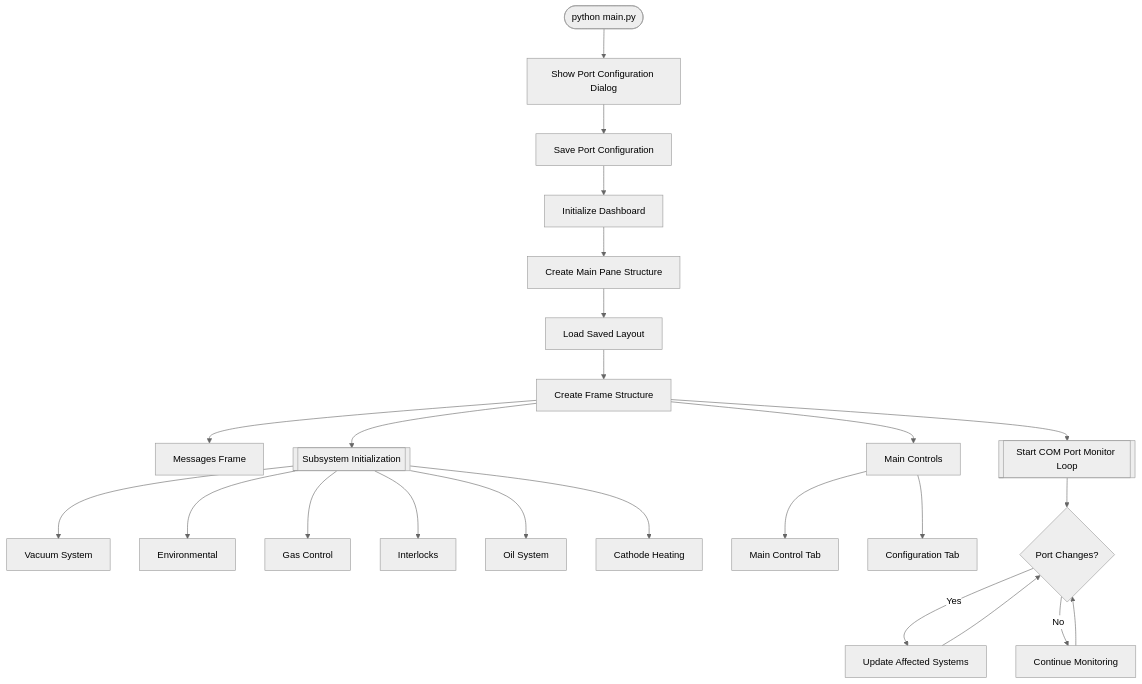
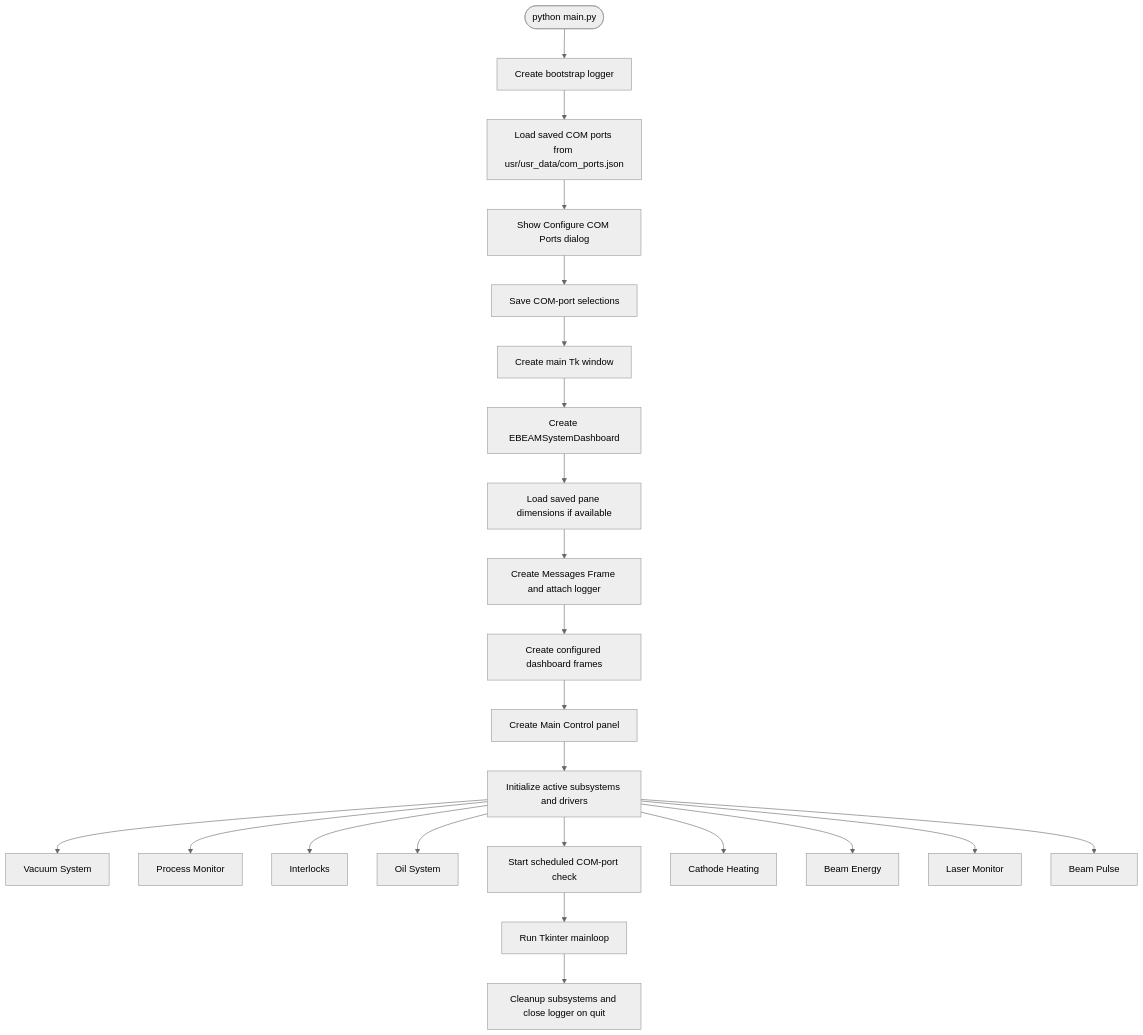
Before and after one commit to uw-loci/EBEAM_dashboard: the diagram in README.md, drawn with Mermaid (neutral theme). The commit also changed other lines of this file and 1 other file, not shown here.

````diff
--- a/README.md
+++ b/README.md
@@ -15,36 +15,28 @@
 ```mermaid
 flowchart TD
-    Start([python main.py]) --> PortConfig[Show Port Configuration Dialog]
-    PortConfig --> SaveConfig[Save Port Configuration]
-    
-    %% Main Dashboard Setup
-    SaveConfig --> InitDash[Initialize Dashboard]
-    InitDash --> SetupPane[Create Main Pane Structure]
-    SetupPane --> LoadLayout[Load Saved Layout]
-    LoadLayout --> CreateFrames[Create Frame Structure]
-    
-    %% Core Components
-    CreateFrames --> Messages[Messages Frame]
-    CreateFrames --> Controls[Main Controls]
-    CreateFrames --> SubSystems[[Subsystem Initialization]]
-    
-    %% Subsystems Detail
-    SubSystems --> Vacuum[Vacuum System]
-    SubSystems --> Environmental[Environmental]
-    SubSystems --> Gas[Gas Control]
-    SubSystems --> Interlocks[Interlocks]
-    SubSystems --> Oil[Oil System]
-    SubSystems --> Cathode[Cathode Heating]
-    
-    %% Control Components
-    Controls --> MainTab[Main Control Tab]
-    Controls --> ConfigTab[Configuration Tab]
-    
-    %% Monitoring Loop
-    CreateFrames --> Monitor[[Start COM Port Monitor Loop]]
-    Monitor --> CheckChanges{Port Changes?}
-    CheckChanges -->|Yes| UpdateSys[Update Affected Systems]
-    UpdateSys --> CheckChanges
-    CheckChanges -->|No| Continue[Continue Monitoring]
-    Continue --> CheckChanges
+    Start([python main.py]) --> Logger[Create bootstrap logger]
+    Logger --> LoadPorts[Load saved COM ports from usr/usr_data/com_ports.json]
+    LoadPorts --> PortDialog[Show Configure COM Ports dialog]
+    PortDialog --> SavePorts[Save COM-port selections]
+    SavePorts --> AppRoot[Create main Tk window]
+    AppRoot --> InitDash[Create EBEAMSystemDashboard]
+
+    InitDash --> Layout[Load saved pane dimensions if available]
+    Layout --> Messages[Create Messages Frame and attach logger]
+    Messages --> Frames[Create configured dashboard frames]
+    Frames --> MainControl[Create Main Control panel]
+    MainControl --> Subsystems[Initialize active subsystems and drivers]
+
+    Subsystems --> Vacuum[Vacuum System]
+    Subsystems --> Process[Process Monitor]
+    Subsystems --> Interlocks[Interlocks]
+    Subsystems --> Oil[Oil System]
+    Subsystems --> Monitor[Start scheduled COM-port check]
+    Subsystems --> Cathode[Cathode Heating]
+    Subsystems --> BeamEnergy[Beam Energy]
+    Subsystems --> Laser[Laser Monitor]
+    Subsystems --> BeamPulse[Beam Pulse]
+
+    Monitor --> TkLoop[Run Tkinter mainloop]
+    TkLoop --> Cleanup[Cleanup subsystems and close logger on quit]
 ```
````
